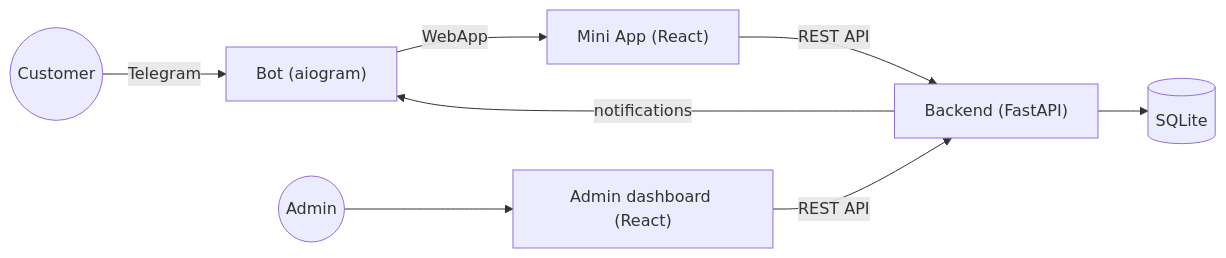
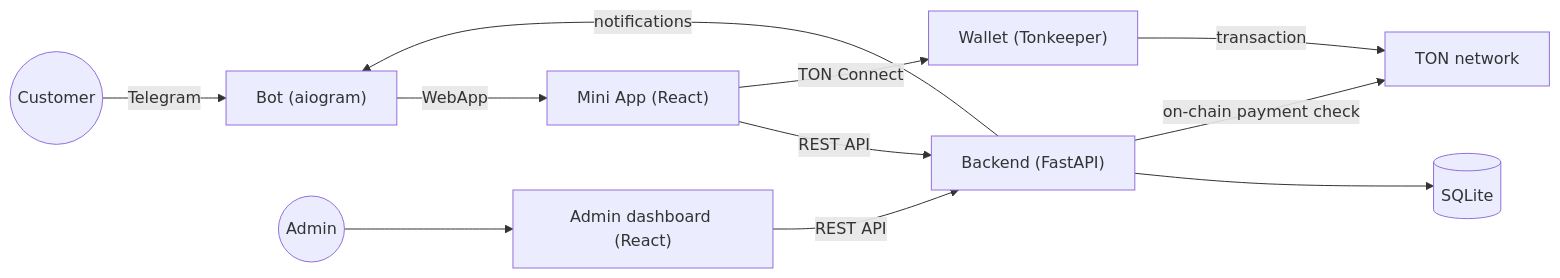
Before and after one commit to Ab4kshin/tg-shop-demo: the diagram in README.en.md, drawn with Mermaid. The commit also changed other lines of this file and 68 other files, not shown here.

````diff
--- a/README.en.md
+++ b/README.en.md
@@ -52,10 +58,13 @@
 ```mermaid
 flowchart LR
     U(("Customer")) -->|Telegram| Bot["Bot (aiogram)"]
     Bot -->|WebApp| MA["Mini App (React)"]
     MA -->|REST API| API["Backend (FastAPI)"]
+    MA -->|TON Connect| Wallet["Wallet (Tonkeeper)"]
+    Wallet -->|transaction| TON["TON network"]
     Admin(("Admin")) --> AP["Admin dashboard (React)"]
     AP -->|REST API| API
     API --> DB[("SQLite")]
+    API -->|on-chain payment check| TON
     API -->|notifications| Bot
 ```
````
